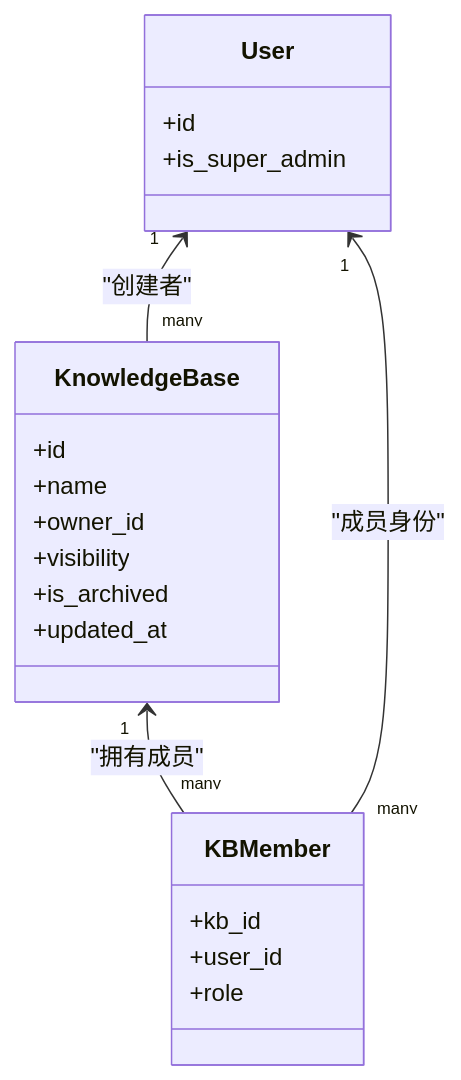
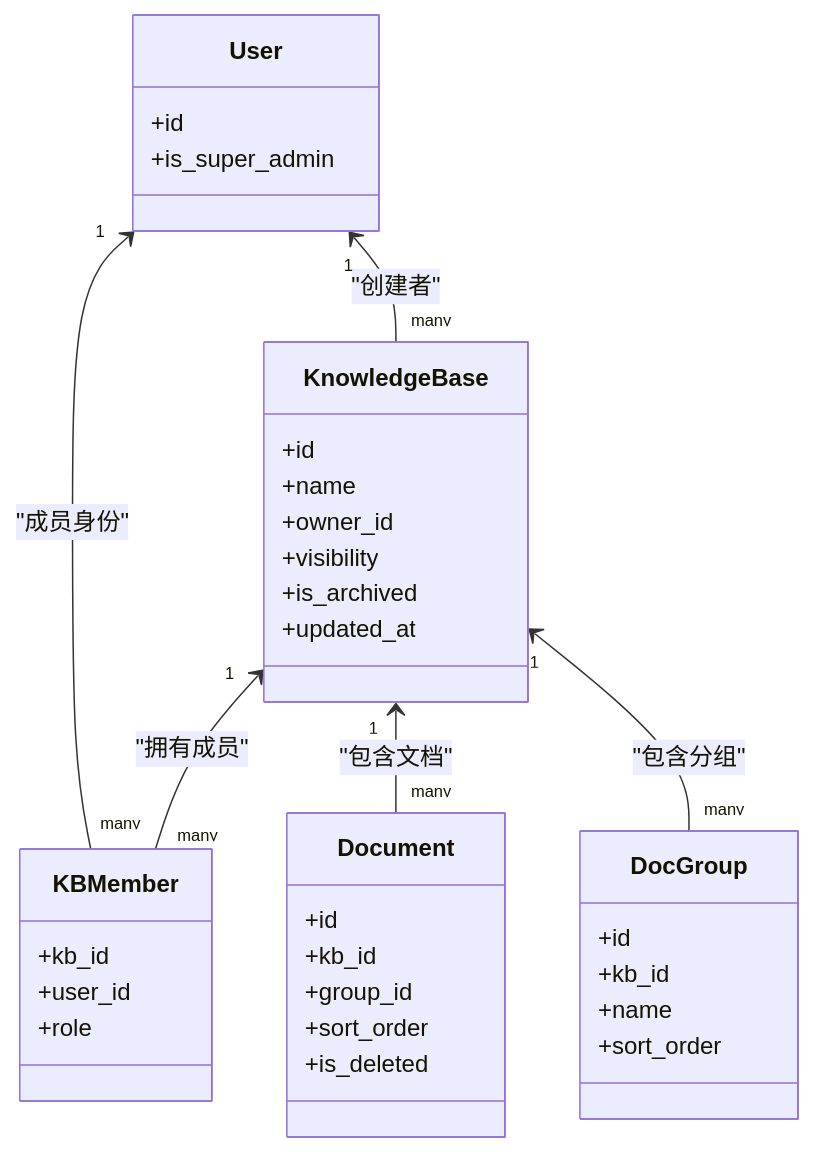
Before and after one commit to beyondalbert/my_wiki: the fifth of 9 diagrams in .qoder/repowiki/zh/content/核心模块/知识库管理模块/知识库业务逻辑.md, drawn with Mermaid. The commit also changed other lines of this file and 6 other files, not shown here.

````diff
--- a/.qoder/repowiki/zh/content/核心模块/知识库管理模块/知识库业务逻辑.md
+++ b/.qoder/repowiki/zh/content/核心模块/知识库管理模块/知识库业务逻辑.md
@@ -175,23 +185,38 @@
 ```mermaid
 classDiagram
 class KnowledgeBase {
 +id
 +name
 +owner_id
 +visibility
 +is_archived
 +updated_at
 }
 class KBMember {
 +kb_id
 +user_id
 +role
 }
 class User {
 +id
 +is_super_admin
 }
+class Document {
++id
++kb_id
++group_id
++sort_order
++is_deleted
+}
+class DocGroup {
++id
++kb_id
++name
++sort_order
+}
 KnowledgeBase "1" <-- "many" KBMember : "拥有成员"
 User "1" <-- "many" KBMember : "成员身份"
 User "1" <-- "many" KnowledgeBase : "创建者"
+KnowledgeBase "1" <-- "many" Document : "包含文档"
+KnowledgeBase "1" <-- "many" DocGroup : "包含分组"
 ```
````
